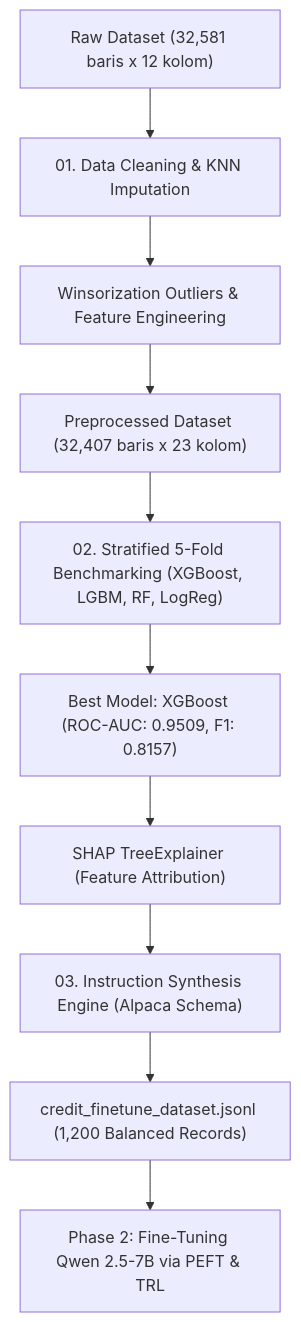
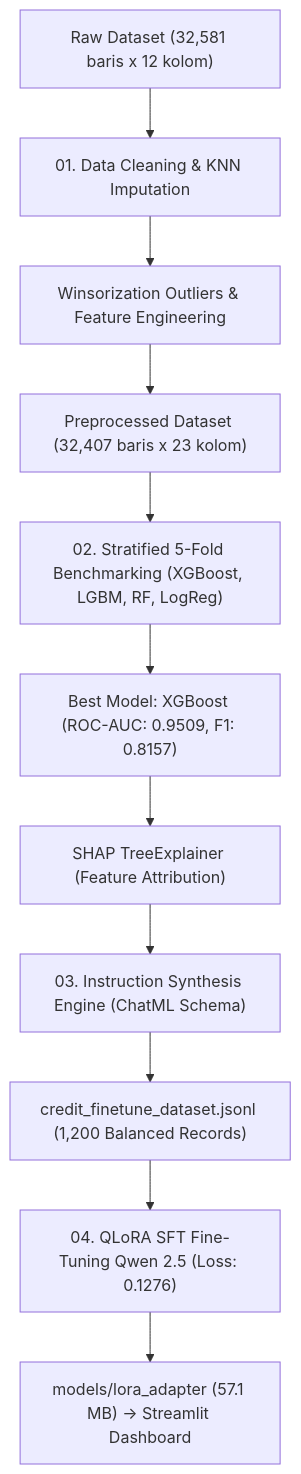
Before and after one commit to difadlyaulhaq/Local-Credit-Risk-Assessment---Explainable-AI--XAI--System: the diagram in doc/README.md, drawn with Mermaid. The commit also changed other lines of this file and 4 other files, not shown here.

Commit message:
docs: update all documentation files with XAI Credit Agent specifications, Qwen 2.5-3B QLoRA results, and repository links

````diff
--- a/doc/README.md
+++ b/doc/README.md
@@ -20,12 +22,13 @@
 ```mermaid
 flowchart TD
     A["Raw Dataset (32,581 baris x 12 kolom)"] --> B["01. Data Cleaning & KNN Imputation"]
     B --> C["Winsorization Outliers & Feature Engineering"]
     C --> D["Preprocessed Dataset (32,407 baris x 23 kolom)"]
     D --> E["02. Stratified 5-Fold Benchmarking (XGBoost, LGBM, RF, LogReg)"]
     E --> F["Best Model: XGBoost (ROC-AUC: 0.9509, F1: 0.8157)"]
     F --> G["SHAP TreeExplainer (Feature Attribution)"]
-    G --> H["03. Instruction Synthesis Engine (Alpaca Schema)"]
+    G --> H["03. Instruction Synthesis Engine (ChatML Schema)"]
     H --> I["credit_finetune_dataset.jsonl (1,200 Balanced Records)"]
-    I --> J["Phase 2: Fine-Tuning Qwen 2.5-7B via PEFT & TRL"]
+    I --> J["04. QLoRA SFT Fine-Tuning Qwen 2.5 (Loss: 0.1276)"]
+    J --> K["models/lora_adapter (57.1 MB) -> Streamlit Dashboard"]
 ```
````
